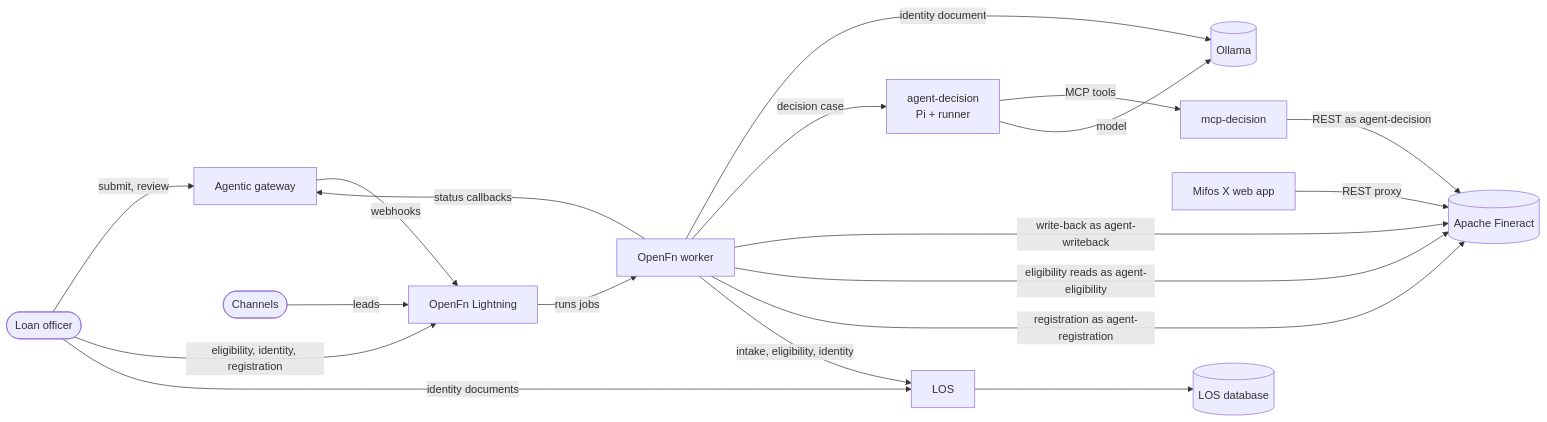
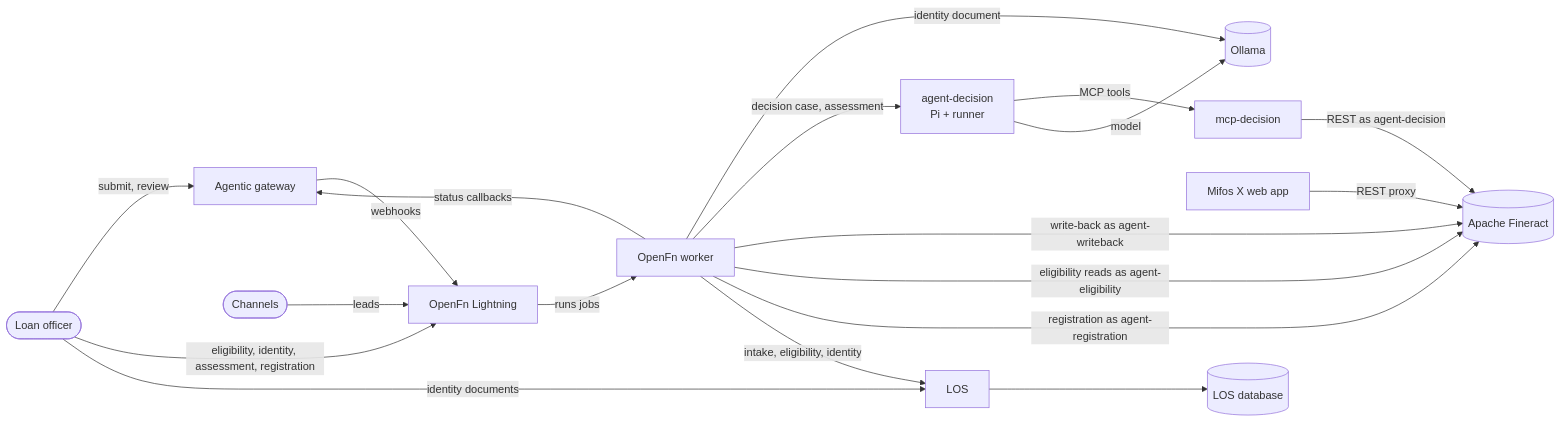
Before and after one commit to openMF/mcp-mifosx: the first of 2 diagrams in agentic-mifos-sandbox/README.md, drawn with Mermaid. The commit also changed other lines of this file and 13 other files, not shown here.

````diff
--- a/agentic-mifos-sandbox/README.md
+++ b/agentic-mifos-sandbox/README.md
@@ -62,21 +62,21 @@
 ```mermaid
 flowchart LR
   officer([Loan officer]) -->|submit, review| gateway[Agentic gateway]
   gateway -->|webhooks| lightning[OpenFn Lightning]
   lightning -->|runs jobs| worker[OpenFn worker]
   worker -->|status callbacks| gateway
   worker -->|identity document| ollama[(Ollama)]
-  worker -->|decision case| agent[agent-decision<br/>Pi + runner]
+  worker -->|decision case, assessment| agent[agent-decision<br/>Pi + runner]
   agent -->|MCP tools| mcp[mcp-decision]
   agent -->|model| ollama
   mcp -->|REST as agent-decision| fineract[(Apache Fineract)]
   worker -->|write-back as agent-writeback| fineract
   worker -->|eligibility reads as agent-eligibility| fineract
   worker -->|registration as agent-registration| fineract
   webapp[Mifos X web app] -->|REST proxy| fineract
   channel([Channels]) -->|leads| lightning
-  officer -->|eligibility, identity, registration| lightning
+  officer -->|eligibility, identity, assessment, registration| lightning
   officer -->|identity documents| los[LOS]
   worker -->|intake, eligibility, identity| los
   los --> losdb[(LOS database)]
 ```
````
